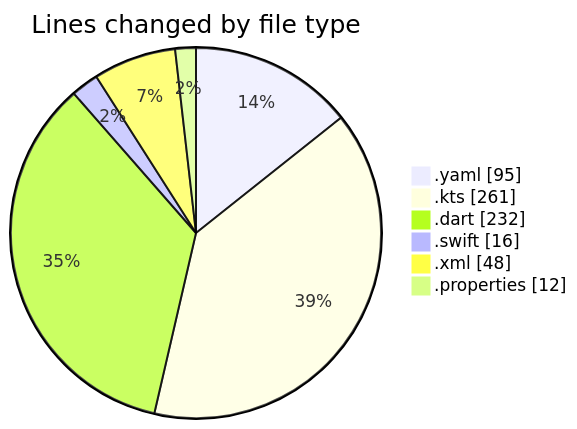
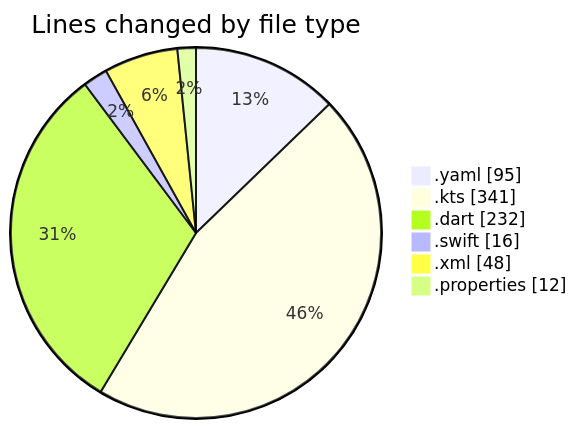
Before and after one commit to donsfak/code-tracking: the first of 2 diagrams in 2025-02-16/uber_clone/README.md, drawn with Mermaid. The commit also changed other lines of this file and 1 other file, not shown here.

````diff
--- a/2025-02-16/uber_clone/README.md
+++ b/2025-02-16/uber_clone/README.md
@@ -27,10 +27,10 @@
 ```mermaid
 pie showData
 title Lines changed by file type
 ".yaml" : 95
-".kts" : 261
+".kts" : 341
 ".dart" : 232
 ".swift" : 16
 ".xml" : 48
 ".properties" : 12
 ```
````
